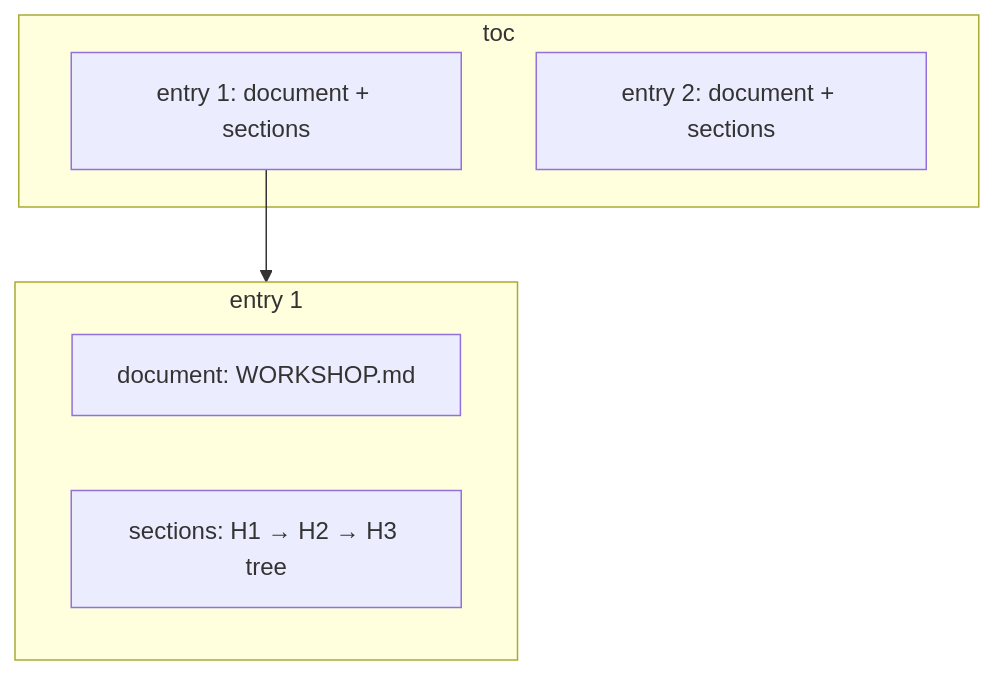
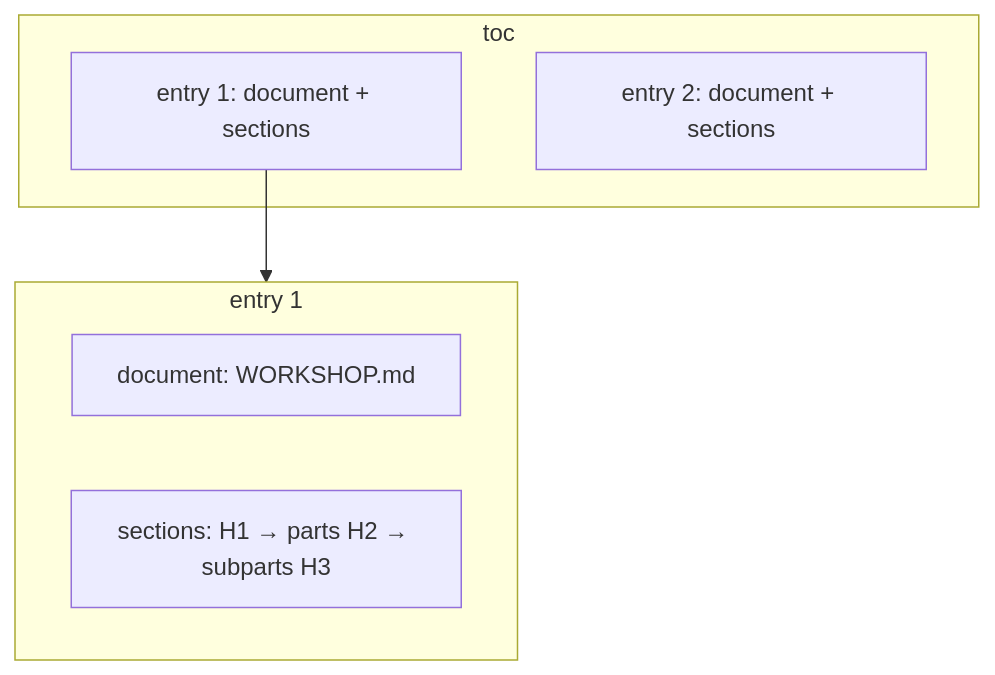
One commit to Manta-Epitech-Academy/workshop-metadata-tools changed the fifth of 7 diagrams in docs/STRUCTURE.md. Above: the diagram before and after it, drawn with Mermaid. The commit also changed other lines of this file and 9 other files, not shown here.

First line of the commit message:
feat(schema): toc sections/parts/subparts; drop legacy flat toc

````diff
--- a/docs/STRUCTURE.md
+++ b/docs/STRUCTURE.md
@@ -120,12 +120,12 @@
 ```mermaid
 flowchart TB
   subgraph toc["toc"]
     E1["entry 1: document + sections"]
     E2["entry 2: document + sections"]
   end
   subgraph e1["entry 1"]
     D1["document: WORKSHOP.md"]
-    S1["sections: H1 → H2 → H3 tree"]
+    S1["sections: H1 → parts H2 → subparts H3"]
   end
   E1 --> e1
 ```
````
